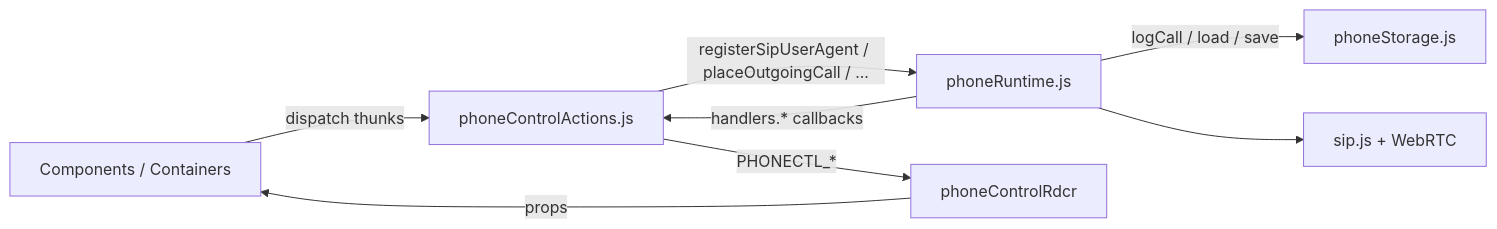
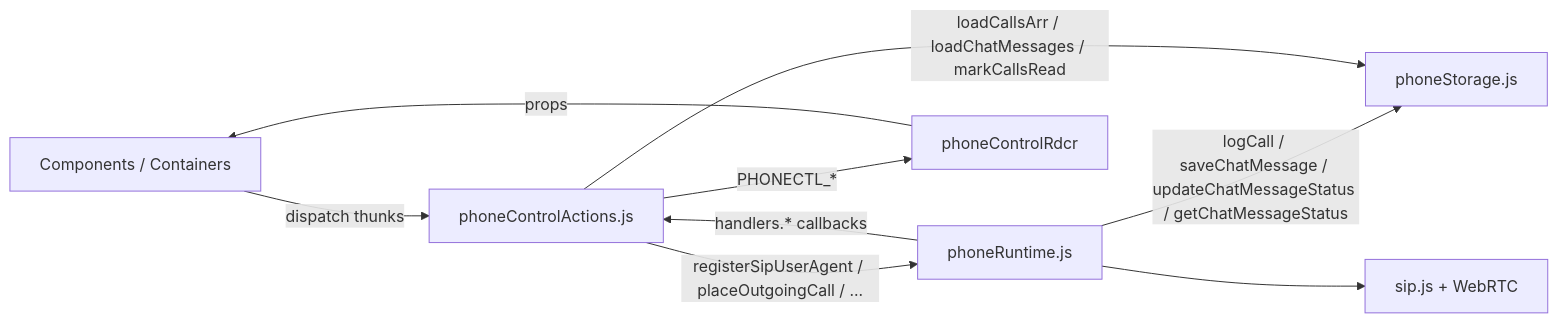
The first of 9 diagrams in docs/STATE.md (ars-anosov/sipjs-react), drawn with Mermaid before and after one commit. The commit also changed other lines of this file and 13 other files, not shown here.

````diff
--- a/docs/STATE.md
+++ b/docs/STATE.md
@@ -8,17 +8,18 @@
 ```mermaid
 flowchart LR
   UI[Components / Containers]
   ACT[phoneControlActions.js]
   RT[phoneRuntime.js]
   ST[phoneStorage.js]
   RDCR[phoneControlRdcr]
   SIP[sip.js + WebRTC]
 
   UI -->|dispatch thunks| ACT
   ACT -->|registerSipUserAgent / placeOutgoingCall / ...| RT
   ACT -->|PHONECTL_*| RDCR
   RT -->|handlers.* callbacks| ACT
-  RT -->|logCall / load / save| ST
+  RT -->|logCall / saveChatMessage / updateChatMessageStatus / getChatMessageStatus| ST
+  ACT -->|loadCallsArr / loadChatMessages / markCallsRead| ST
   RT --> SIP
   RDCR -->|props| UI
 ```
````
